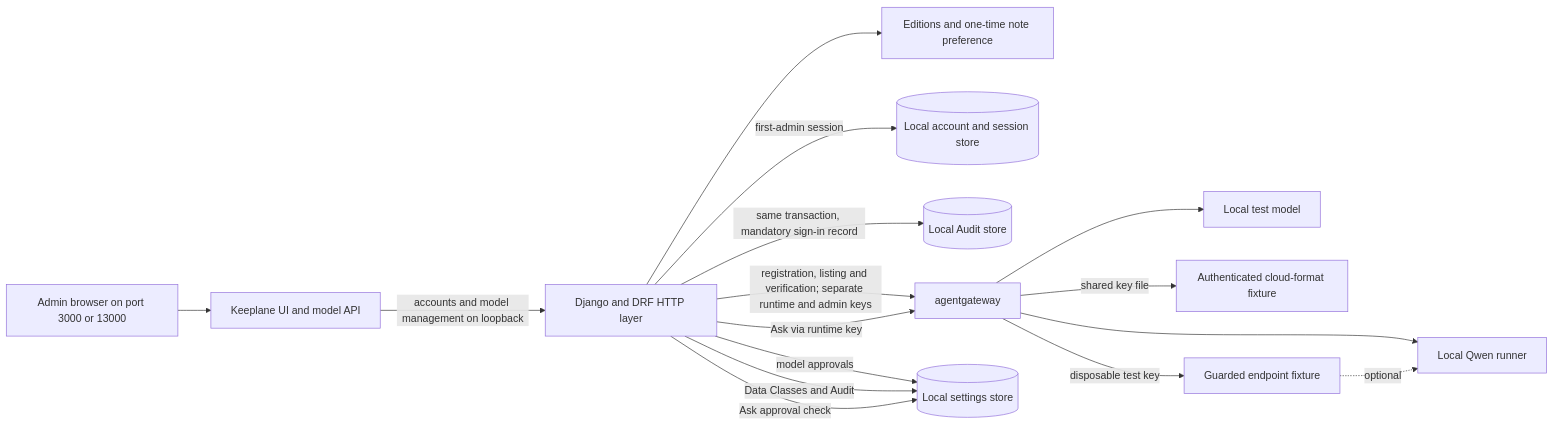
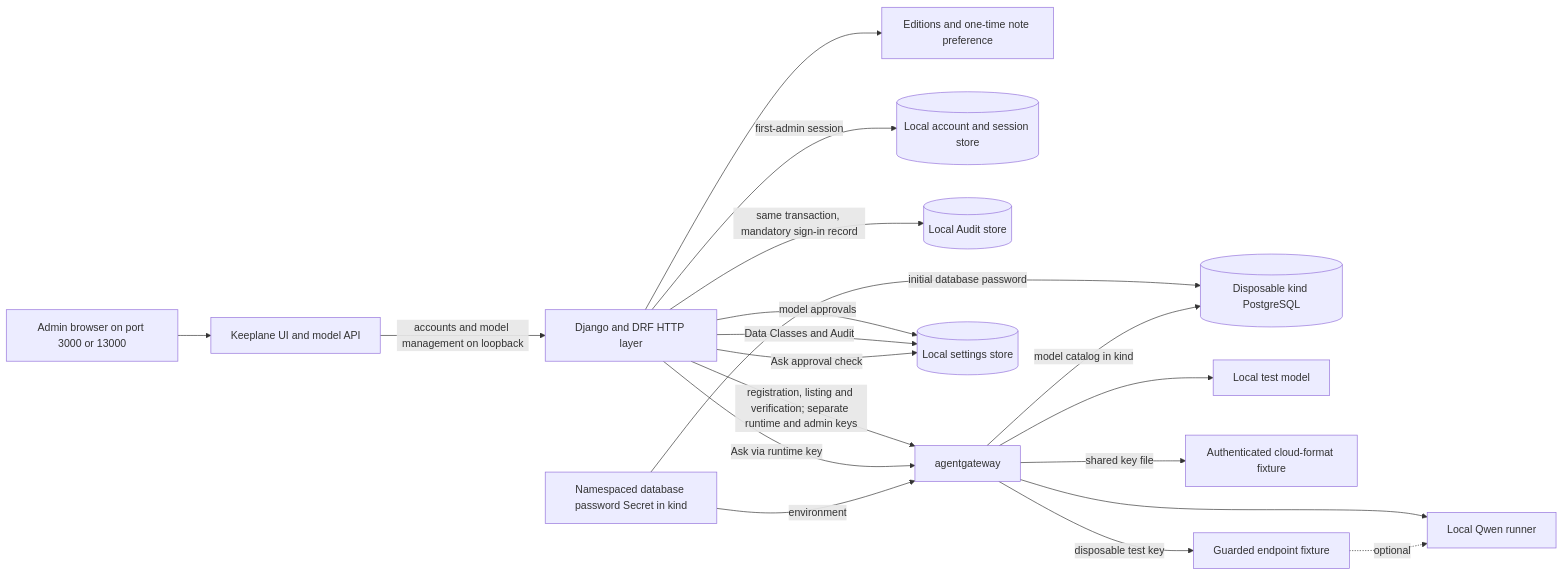
One commit to OsamaFelFel/keeplane changed the diagram in docs/architecture/local-preview.md. Above: the diagram before and after it, drawn with Mermaid. The commit also changed 24 other files, not shown here.

Commit message:
fix(helm): deliver gateway database passwords through Secrets

````diff
--- a/docs/architecture/local-preview.md
+++ b/docs/architecture/local-preview.md
@@ -7,18 +7,21 @@
 ```mermaid
 flowchart LR
   Browser[Admin browser on port 3000 or 13000] --> App[Keeplane UI and model API]
   App -->|accounts and model management on loopback| Django[Django and DRF HTTP layer]
   Django --> Editions[Editions and one-time note preference]
   Django -->|first-admin session| Accounts[(Local account and session store)]
   Django -->|same transaction, mandatory sign-in record| Audit[(Local Audit store)]
   Django -->|registration, listing and verification; separate runtime and admin keys| Gateway[agentgateway]
   Django -->|model approvals| Settings[(Local settings store)]
   Django -->|Data Classes and Audit| Settings
   Django -->|Ask approval check| Settings
   Django -->|Ask via runtime key| Gateway
+  DBSecret[Namespaced database password Secret in kind] -->|environment| Gateway
+  DBSecret -->|initial database password| Postgres[(Disposable kind PostgreSQL)]
+  Gateway -->|model catalog in kind| Postgres
   Gateway --> Fixture[Local test model]
   Gateway --> Qwen[Local Qwen runner]
   Gateway -->|shared key file| Cloud[Authenticated cloud-format fixture]
   Gateway -->|disposable test key| Guarded[Guarded endpoint fixture]
   Guarded -. optional .-> Qwen
 ```
````
